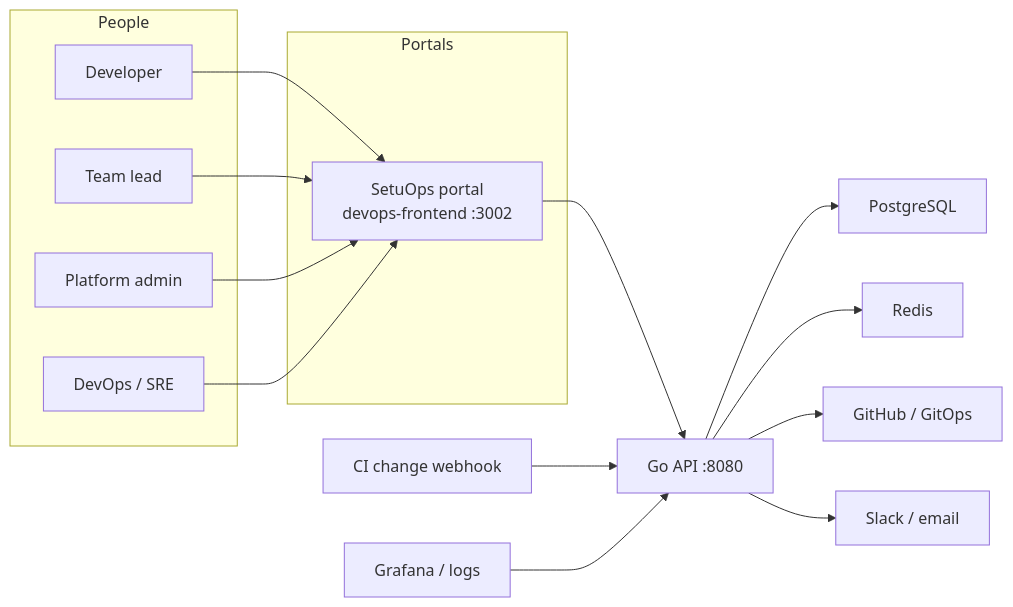
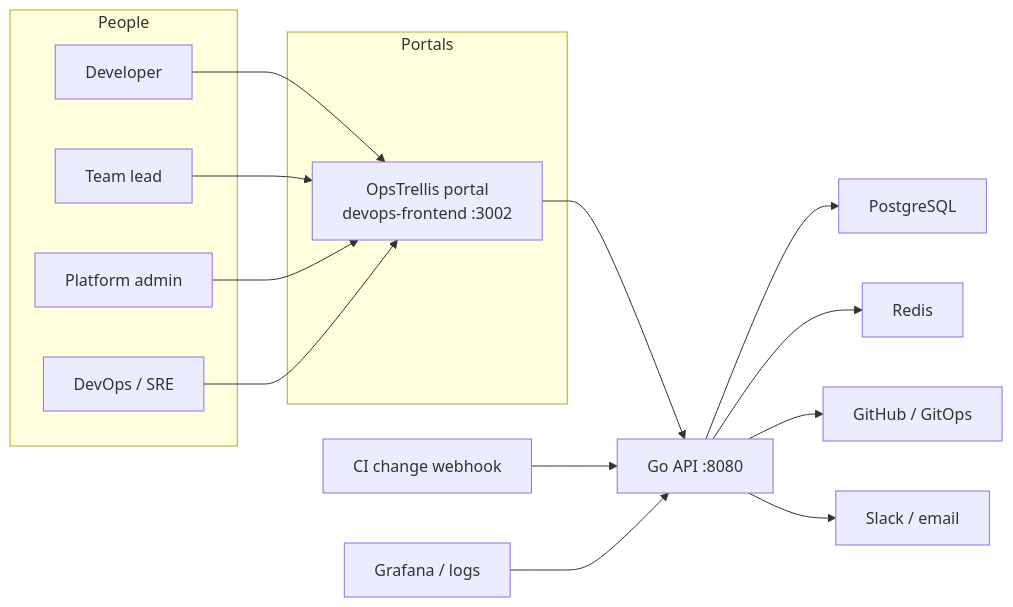
The diagram in README.md (shashank3656/devops_project), drawn with Mermaid before and after one commit. The commit also changed other lines of this file and 93 other files, not shown here.

````diff
--- a/README.md
+++ b/README.md
@@ -39,33 +39,33 @@
 ```mermaid
 flowchart LR
     subgraph People
         Dev["Developer"]
         Lead["Team lead"]
         Admin["Platform admin"]
         Ops["DevOps / SRE"]
     end
 
     subgraph Portals
-        DevOps["SetuOps portal<br/>devops-frontend :3002"]
+        DevOps["OpsTrellis portal<br/>devops-frontend :3002"]
     end
 
     API["Go API :8080"]
     DB["PostgreSQL"]
     Redis["Redis"]
     GH["GitHub / GitOps"]
     CI["CI change webhook"]
     Graf["Grafana / logs"]
     Notify["Slack / email"]
 
     Dev --> DevOps
     Lead --> DevOps
     Admin --> DevOps
     Ops --> DevOps
     DevOps --> API
     API --> DB
     API --> Redis
     API --> GH
     API --> Notify
     CI --> API
     Graf --> API
 ```
````
